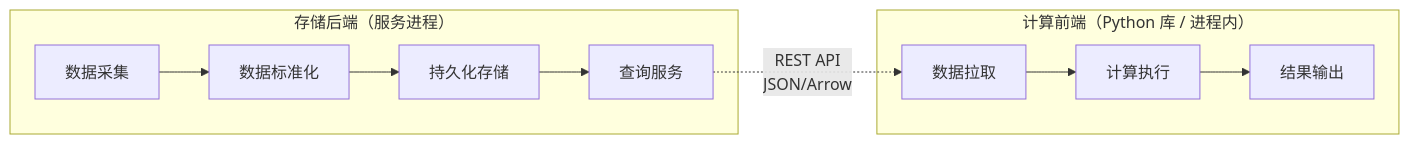
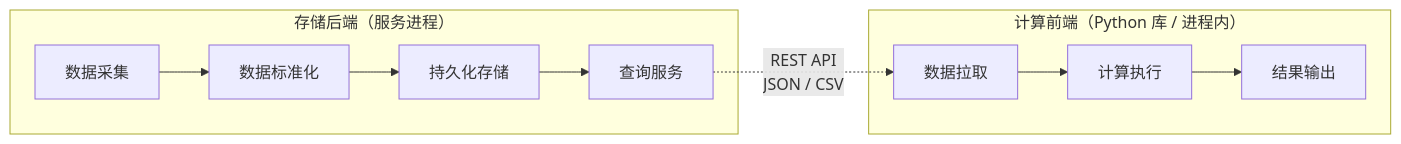
The second of 23 diagrams in DESIGN_CN.md (RESBI/StockStatistic), drawn with Mermaid before and after one commit. The commit also changed other lines of this file and 12 other files, not shown here.

````diff
--- a/DESIGN_CN.md
+++ b/DESIGN_CN.md
@@ -143,19 +130,19 @@
 ```mermaid
 graph LR
     subgraph Storage["存储后端（服务进程）"]
         S1[数据采集]
         S2[数据标准化]
         S3[持久化存储]
         S4[查询服务]
         S1 --> S2 --> S3 --> S4
     end
 
     subgraph Compute["计算前端（Python 库 / 进程内）"]
         C1[数据拉取]
         C2[计算执行]
         C3[结果输出]
         C1 --> C2 --> C3
     end
 
-    S4 -.->|"REST API<br/>JSON/Arrow"| C1
+    S4 -.->|"REST API<br/>JSON / CSV"| C1
 ```
````
